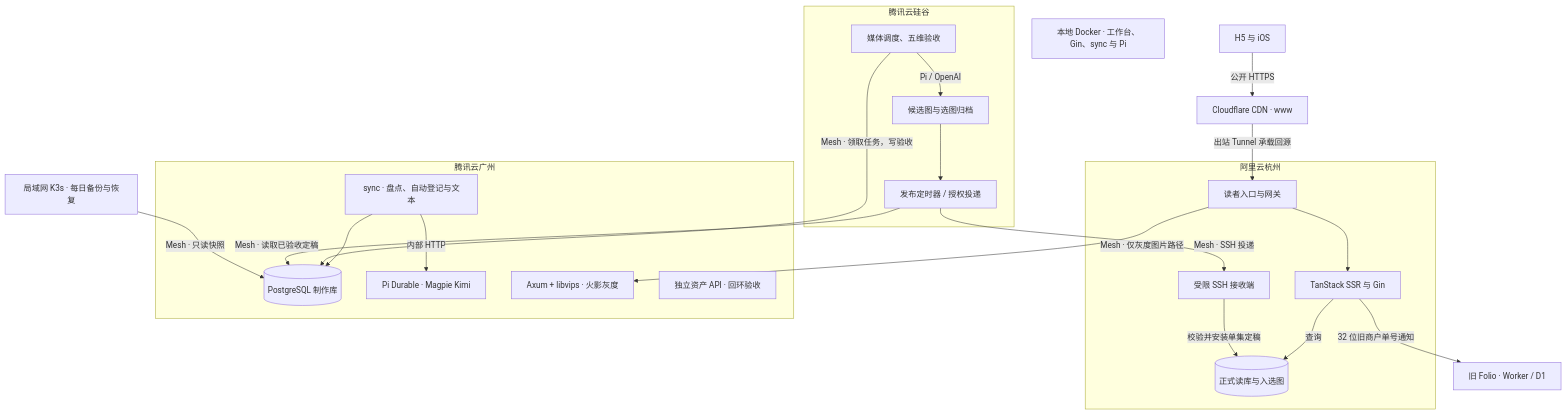
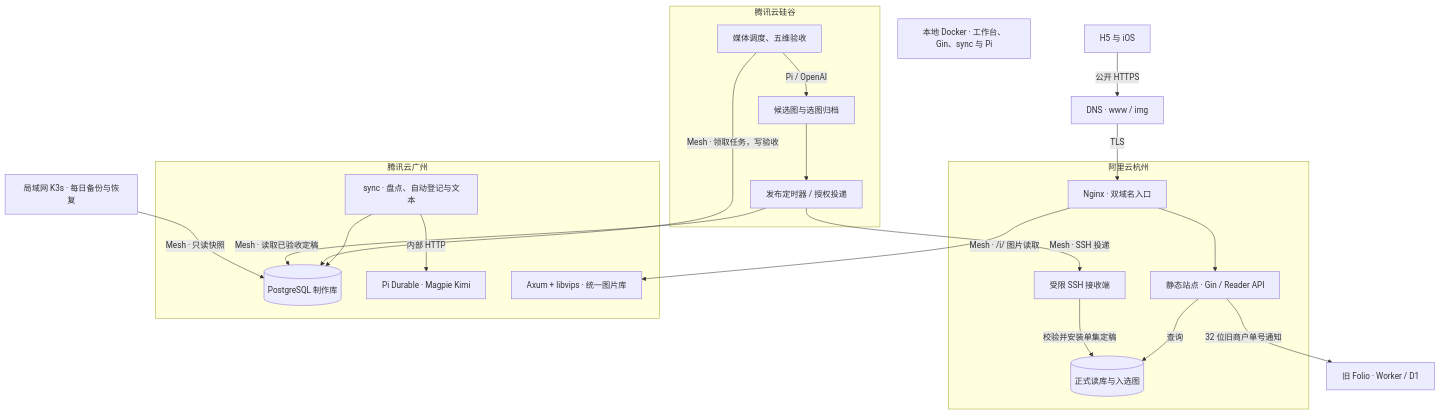
One commit to bluedao10000/player changed the diagram in docs/diagrams/deployment.mmd. Above: the diagram before and after it, drawn with Mermaid. The commit also changed 136 other files, not shown here.

Commit message:
部署：切换静态前端与独立图片域名

```diff
--- a/docs/diagrams/deployment.mmd
+++ b/docs/diagrams/deployment.mmd
@@ -1,42 +1,40 @@
 flowchart TB
-  reader["H5 与 iOS"] -->|公开 HTTPS| edge["Cloudflare CDN · www"]
+  reader["H5 与 iOS"] -->|公开 HTTPS| edge["DNS · www / img"]
   subgraph ali["阿里云杭州"]
-    gw["读者入口与网关"] --> site["TanStack SSR 与 Gin"]
+    gw["Nginx · 双域名入口"] --> site["静态站点 · Gin / Reader API"]
     site -->|查询| online[("正式读库与入选图")]
     receive["受限 SSH 接收端"] -->|校验并安装单集定稿| online
   end
-  edge -->|出站 Tunnel 承载回源| gw
+  edge -->|TLS| gw
   site -->|32 位旧商户单号通知| legacy["旧 Folio · Worker / D1"]
   subgraph gz["腾讯云广州"]
     text["sync · 盘点、自动登记与文本"] --> pg[("PostgreSQL 制作库")]
     text -->|内部 HTTP| pi["Pi Durable · Magpie Kimi"]
-    image["Axum + libvips · 火影灰度"]
-    shadow["独立资产 API · 回环验收"]
+    image["Axum + libvips · 统一图片库"]
   end
   subgraph sv["腾讯云硅谷"]
     media["媒体调度、五维验收"] -->|Pi / OpenAI| archive["候选图与选图归档"]
     archive --> push["发布定时器 / 授权投递"]
   end
-  gw -->|Mesh · 仅灰度图片路径| image
+  gw -->|Mesh · /i/ 图片读取| image
   media -->|Mesh · 领取任务，写验收| pg
   push -->|Mesh · 读取已验收定稿| pg
   push -->|Mesh · SSH 投递| receive
   cron["局域网 K3s · 每日备份与恢复"] -->|Mesh · 只读快照| pg
   local["本地 Docker · 工作台、Gin、sync 与 Pi"]
 %% reader | 公开网页与 iOS 读取共享作品、章节及段落链接。 | apps/ios/Folio/Reading.swift
-%% edge | 正式站使用独立出站隧道和 CDN。 | deploy/cloudflare/player-tunnel.service
-%% gw | 公开入口会拒绝工作台及私有预览。火影试点使用专门的图片路由。 | deploy/cloudflare/player-ingress.conf
-%% site | TanStack 和 Gin 提供网页及原生阅读数据。 | apps/ios/server/reader.server.ts
+%% edge | 两个公开域名共用一个 TLS 网关。 | deploy/gateway/nginx/nginx.conf
+%% gw | Nginx 托管静态资源，同源 API 按白名单代理。 | deploy/gateway/nginx/routes.conf
+%% site | 公开网页与原生客户端使用 Gin 与 Reader API。 | apps/ios/server/reader.server.ts
 %% online | 正式读库有自己的发布指针、资产归档和回执。 | apps/sync/ops/reader-release/receiver.psql
 %% receive | 发布端通过受限命令投递，接收端校验版本、来源和图像摘要。 | apps/sync/ops/reader-release/receive.sh
 %% text | 已部署自动配置生成与登记。符合模板的作品缺集进入文本生产队列。 | apps/sync/internal/service/scheduler/production.go
 %% pi | 文本、规划和来源配置由 Pi Durable 调用 Magpie Kimi。 | apps/agent/src/episode-configuration-task.ts
 %% pg | 广州制作库保存来源、任务、验收、发布历史和模型计量。 | database/migrations/init.sql
-%% image | 公开灰度范围为《火影忍者》试点场景和肖像，保留原 URL。 | apps/sync/ops/image-import/README.md
-%% shadow | 新图像资产 API 使用自己的卷和回环入口，验收流量与公开灰度分别运行。 | apps/image/compose.yaml
+%% image | 广州提供原件、签名和按规格变换。 | apps/image/README.md
 %% media | 硅谷以受限数据库权限为合格文本生成媒体及完成五维验收。 | apps/sync/ops/production/media-grants.psql
 %% archive | 保存候选原图、裁切和已验收选图。 | apps/agent/src/media.ts
 %% push | 定时器处理明确授权的配置。第 10 集经相同接收器执行授权投递。 | apps/sync/cmd/reader-release/send.go
 %% cron | K3s 每日恢复广州制作库快照，校验后轮换归档。 | deploy/pg-backup/backup.sh
 %% local | 工作台只在本地开放，通过 Compose 的本地数据库和 Agent 执行。 | deploy/docker-compose.yml
 %% legacy | www 的支付宝通知由 H5 按商户单号分流，旧单仍在 Folio 验签。 | apps/web/src/routes/api.billing.alipay.notify.ts
```
